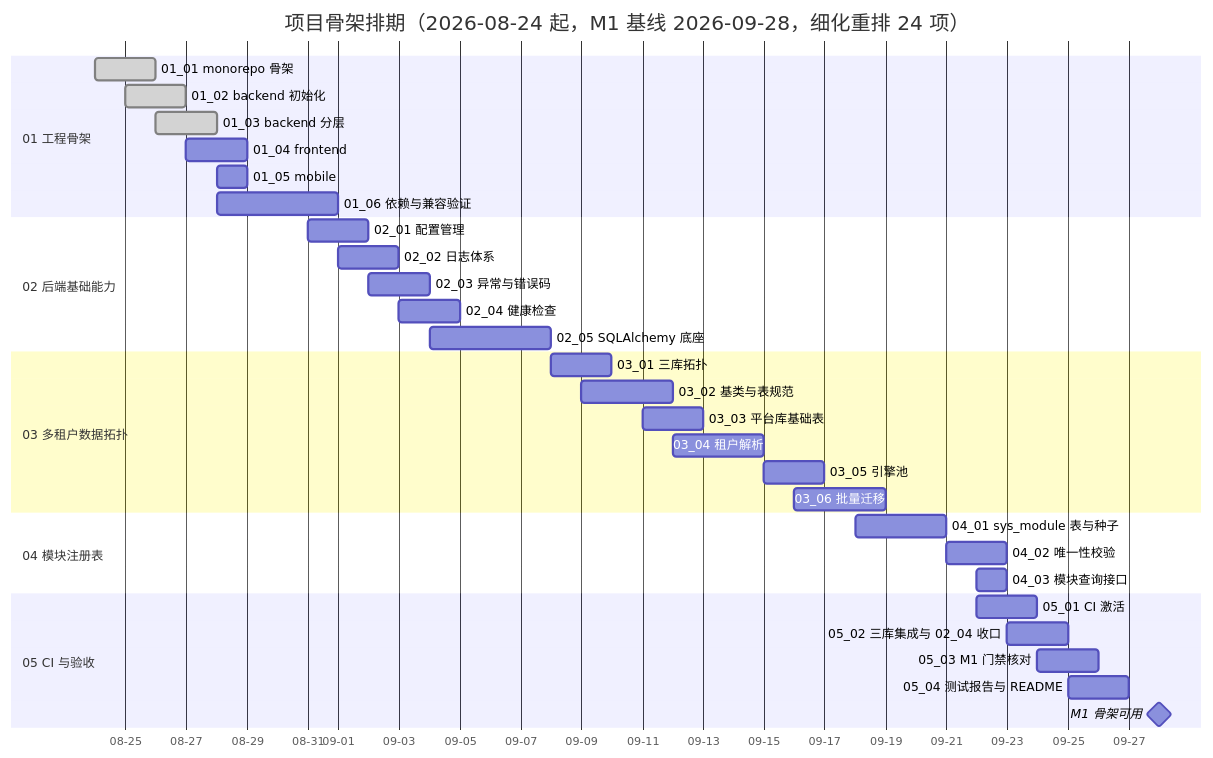
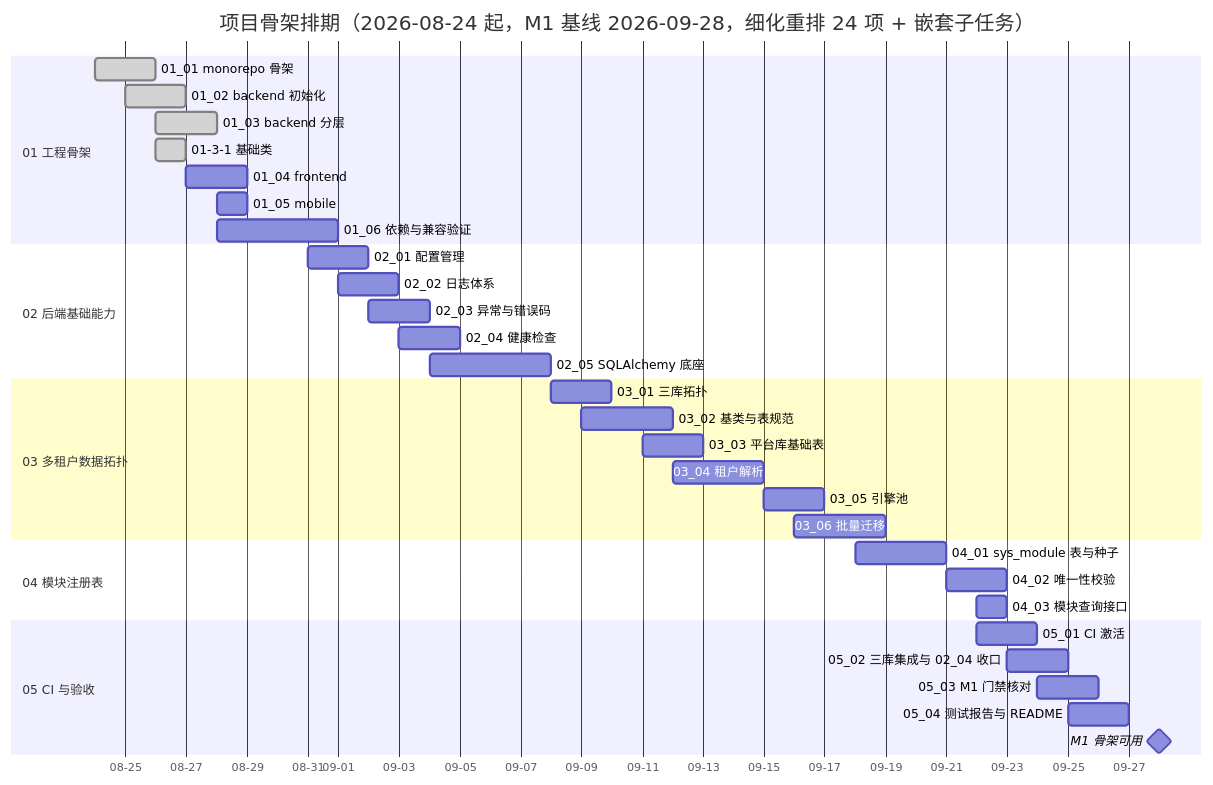
Before and after one commit to minjian123/basic-management-system: the diagram in bms文档/项目/01_项目骨架/计划/01_计划_项目骨架.md, drawn with Mermaid. The commit also changed other lines of this file and 9 other files, not shown here.

````diff
--- a/bms文档/项目/01_项目骨架/计划/01_计划_项目骨架.md
+++ b/bms文档/项目/01_项目骨架/计划/01_计划_项目骨架.md
@@ -59,36 +59,37 @@
 ```mermaid
 gantt
-    title 项目骨架排期（2026-08-24 起，M1 基线 2026-09-28，细化重排 24 项）
+    title 项目骨架排期（2026-08-24 起，M1 基线 2026-09-28，细化重排 24 项 + 嵌套子任务）
     dateFormat YYYY-MM-DD
     axisFormat %m-%d
     section 01 工程骨架
     01_01 monorepo 骨架 :done, a11, 2026-08-24, 2d
     01_02 backend 初始化 :done, a12, 2026-08-25, 2d
     01_03 backend 分层 :done, a13, 2026-08-26, 2d
+    01-3-1 基础类 :done, a131, 2026-08-26, 1d
     01_04 frontend :a14, 2026-08-27, 2d
     01_05 mobile :a15, 2026-08-28, 1d
     01_06 依赖与兼容验证 :a16, 2026-08-28, 4d
     section 02 后端基础能力
     02_01 配置管理 :a21, 2026-08-31, 2d
     02_02 日志体系 :a22, 2026-09-01, 2d
     02_03 异常与错误码 :a23, 2026-09-02, 2d
     02_04 健康检查 :a24, 2026-09-03, 2d
     02_05 SQLAlchemy 底座 :a25, 2026-09-04, 4d
     section 03 多租户数据拓扑
     03_01 三库拓扑 :a31, 2026-09-08, 2d
     03_02 基类与表规范 :a32, 2026-09-09, 3d
     03_03 平台库基础表 :a33, 2026-09-11, 2d
     03_04 租户解析 :a34, 2026-09-12, 3d
     03_05 引擎池 :a35, 2026-09-15, 2d
     03_06 批量迁移 :a36, 2026-09-16, 3d
     section 04 模块注册表
     04_01 sys_module 表与种子 :a41, 2026-09-18, 3d
     04_02 唯一性校验 :a42, 2026-09-21, 2d
     04_03 模块查询接口 :a43, 2026-09-22, 1d
     section 05 CI 与验收
     05_01 CI 激活 :a51, 2026-09-22, 2d
     05_02 三库集成与 02_04 收口 :a52, 2026-09-23, 2d
     05_03 M1 门禁核对 :a53, 2026-09-24, 2d
     05_04 测试报告与 README :a54, 2026-09-25, 2d
     M1 骨架可用 :milestone, m1, 2026-09-28, 0d
 ```
````
